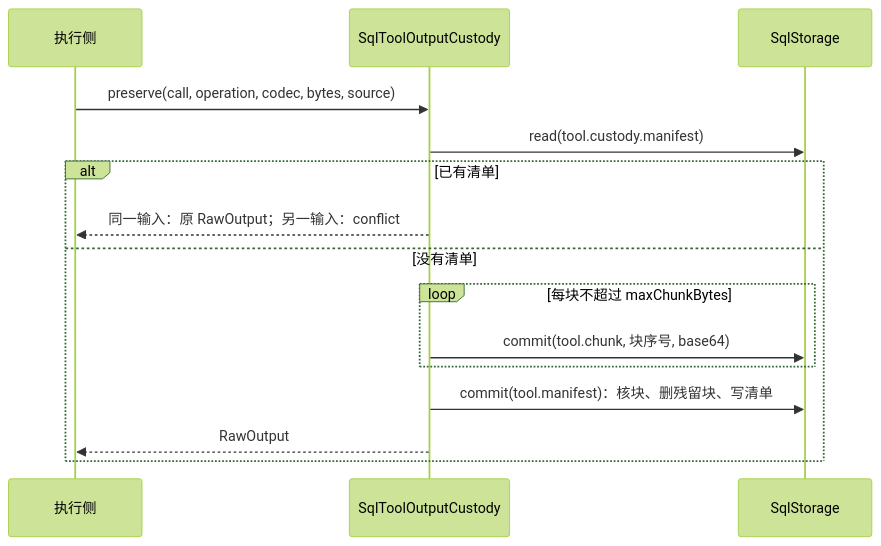
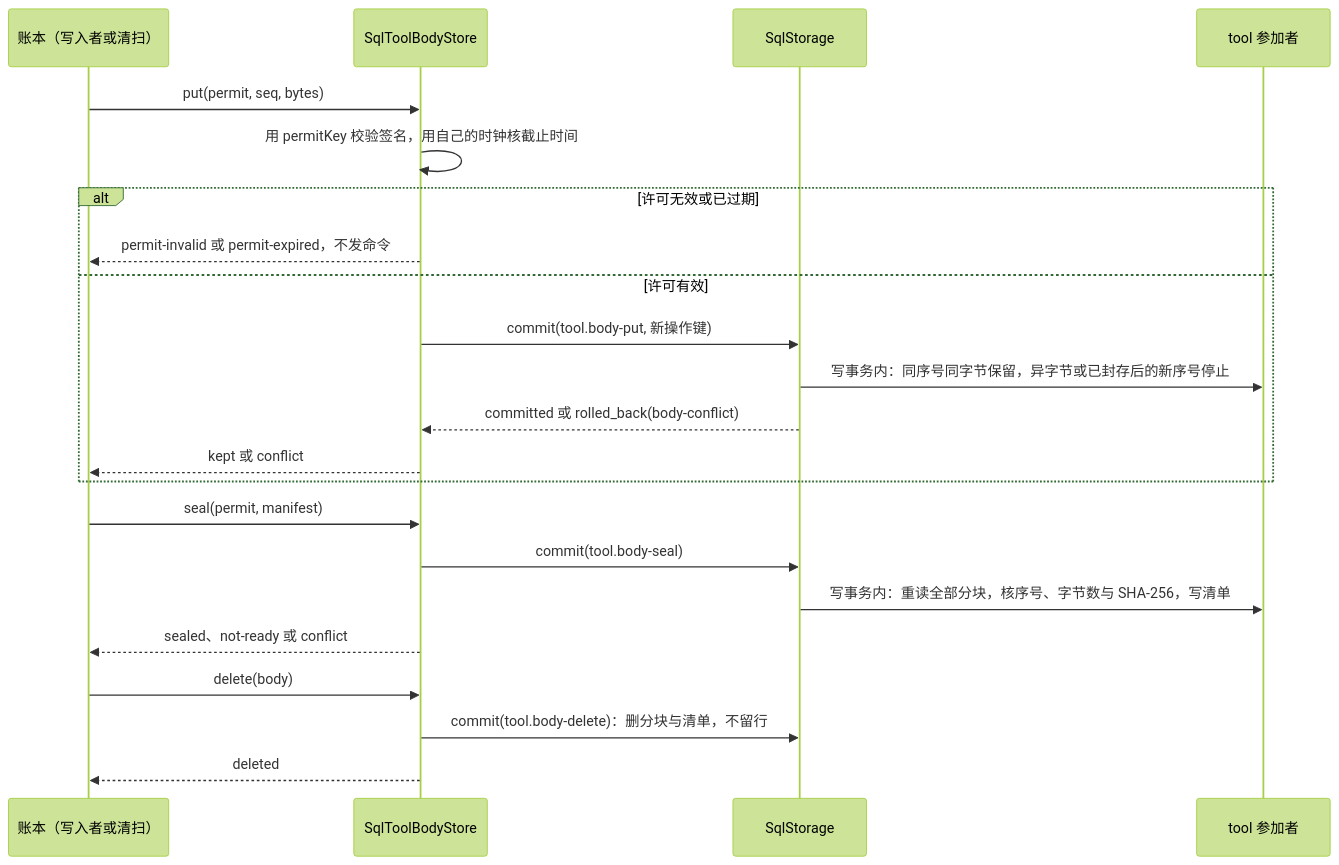
Before and after one commit to nemori-ai/omne-harness-lite: the second of 2 diagrams in packages/tool/tool-storage-sql/docs/flows.md, drawn with Mermaid (forest theme). The commit also changed other lines of this file and 11 other files, not shown here.

First line of the commit message:
docs(tool-storage-sql): 入口与内部文档改为记录仓、正文存储与到期索引（#1168）

````diff
--- a/packages/tool/tool-storage-sql/docs/flows.md
+++ b/packages/tool/tool-storage-sql/docs/flows.md
@@ -30,17 +30,24 @@
 ```mermaid
 sequenceDiagram
-  participant E as 执行侧
-  participant C as SqlToolOutputCustody
+  participant L as 账本（写入者或清扫）
+  participant B as SqlToolBodyStore
   participant Q as SqlStorage
-  E->>C: preserve(call, operation, codec, bytes, source)
-  C->>Q: read(tool.custody.manifest)
-  alt 已有清单
-    C-->>E: 同一输入：原 RawOutput；另一输入：conflict
-  else 没有清单
-    loop 每块不超过 maxChunkBytes
-      C->>Q: commit(tool.chunk, 块序号, base64)
-    end
-    C->>Q: commit(tool.manifest)：核块、删残留块、写清单
-    C-->>E: RawOutput
+  participant P as tool 参加者
+  L->>B: put(permit, seq, bytes)
+  B->>B: 用 permitKey 校验签名，用自己的时钟核截止时间
+  alt 许可无效或已过期
+    B-->>L: permit-invalid 或 permit-expired，不发命令
+  else 许可有效
+    B->>Q: commit(tool.body-put, 新操作键)
+    Q->>P: 写事务内：同序号同字节保留，异字节或已封存后的新序号停止
+    Q-->>B: committed 或 rolled_back(body-conflict)
+    B-->>L: kept 或 conflict
   end
+  L->>B: seal(permit, manifest)
+  B->>Q: commit(tool.body-seal)
+  Q->>P: 写事务内：重读全部分块，核序号、字节数与 SHA-256，写清单
+  B-->>L: sealed、not-ready 或 conflict
+  L->>B: delete(body)
+  B->>Q: commit(tool.body-delete)：删分块与清单，不留行
+  B-->>L: deleted
 ```
````
